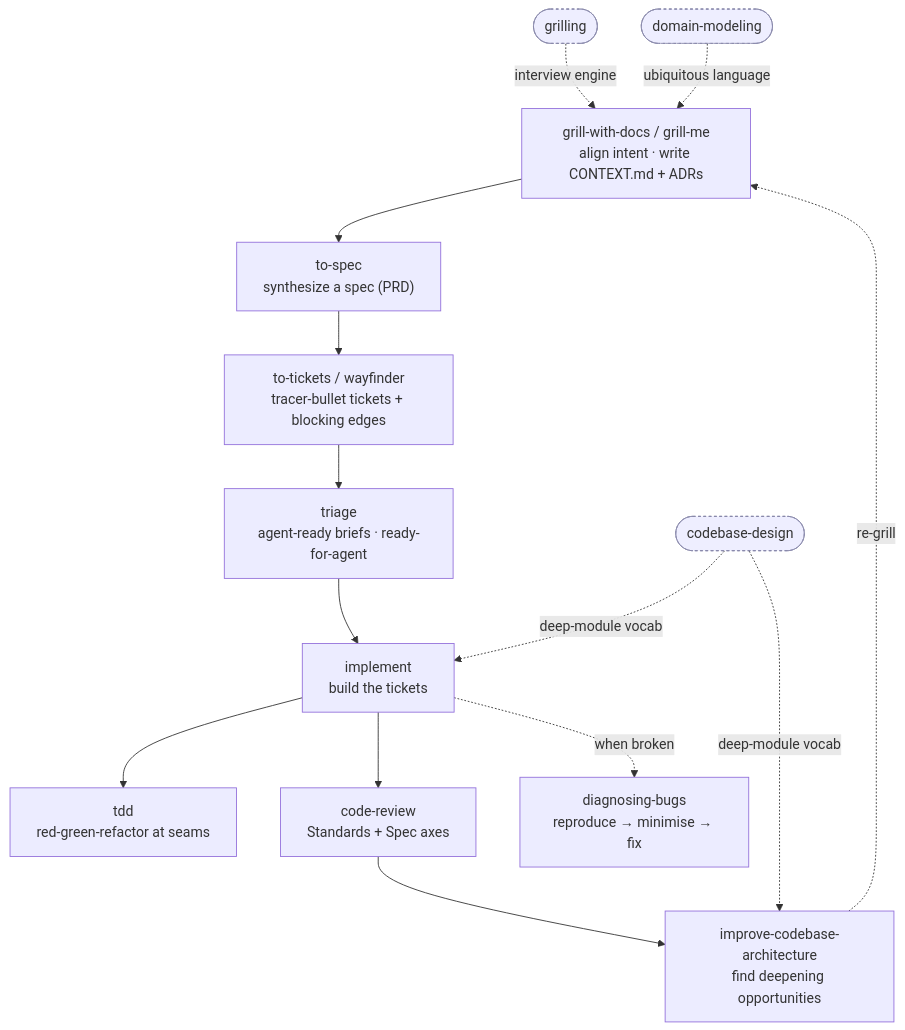
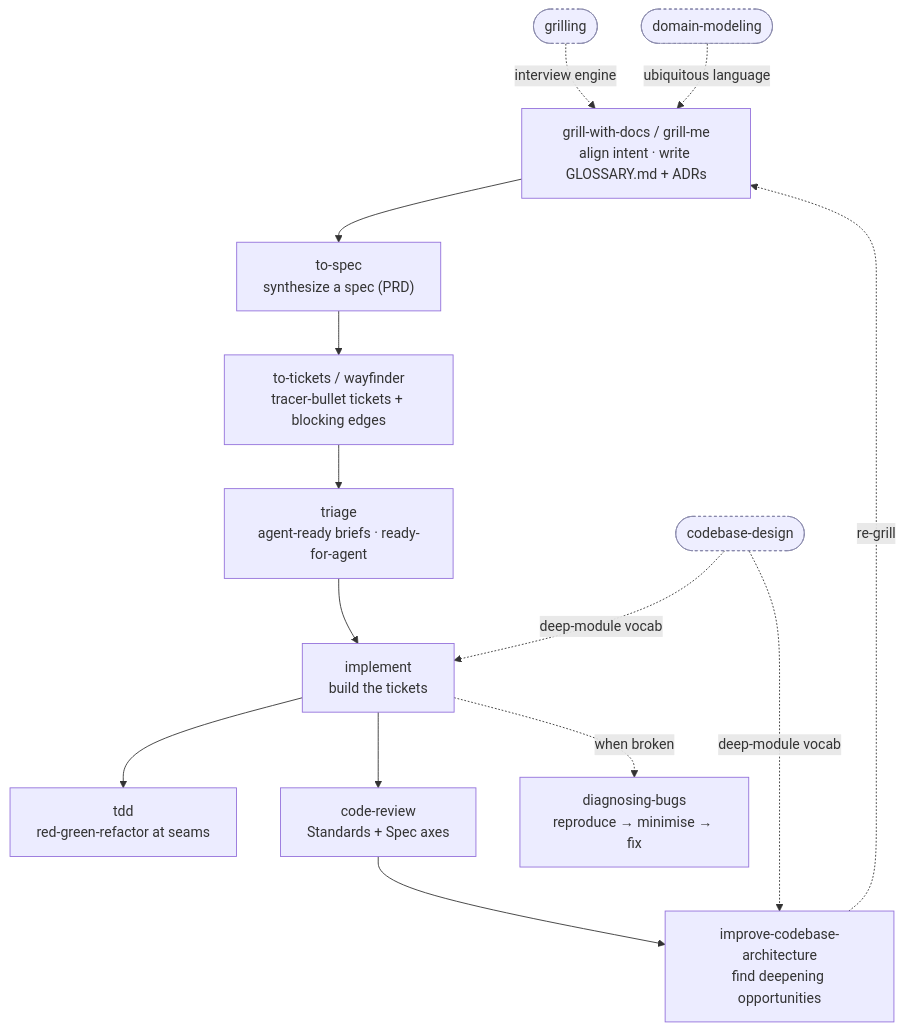
Before and after one commit to daviddwlee84/agent-skills: the diagram in docs/reference/mattpocock-skills.md, drawn with Mermaid. The commit also changed other lines of this file and 54 other files, not shown here.

````diff
--- a/docs/reference/mattpocock-skills.md
+++ b/docs/reference/mattpocock-skills.md
@@ -28,26 +28,26 @@
 ```mermaid
 flowchart TD
-    G["grill-with-docs / grill-me<br/>align intent · write CONTEXT.md + ADRs"]
+    G["grill-with-docs / grill-me<br/>align intent · write GLOSSARY.md + ADRs"]
     S["to-spec<br/>synthesize a spec (PRD)"]
     T["to-tickets / wayfinder<br/>tracer-bullet tickets + blocking edges"]
     TR["triage<br/>agent-ready briefs · ready-for-agent"]
     I["implement<br/>build the tickets"]
     TDD["tdd<br/>red-green-refactor at seams"]
     CR["code-review<br/>Standards + Spec axes"]
     IA["improve-codebase-architecture<br/>find deepening opportunities"]
     DB["diagnosing-bugs<br/>reproduce → minimise → fix"]
 
     G --> S --> T --> TR --> I
     I --> TDD
     I --> CR
     CR --> IA
     IA -. re-grill .-> G
     I -. when broken .-> DB
 
     GR(["grilling"]):::eng -. interview engine .-> G
     DM(["domain-modeling"]):::eng -. ubiquitous language .-> G
     CD(["codebase-design"]):::eng -. deep-module vocab .-> IA
     CD -. deep-module vocab .-> I
 
     classDef eng fill:#eef,stroke:#88a,stroke-dasharray:3 3;
 ```
````
